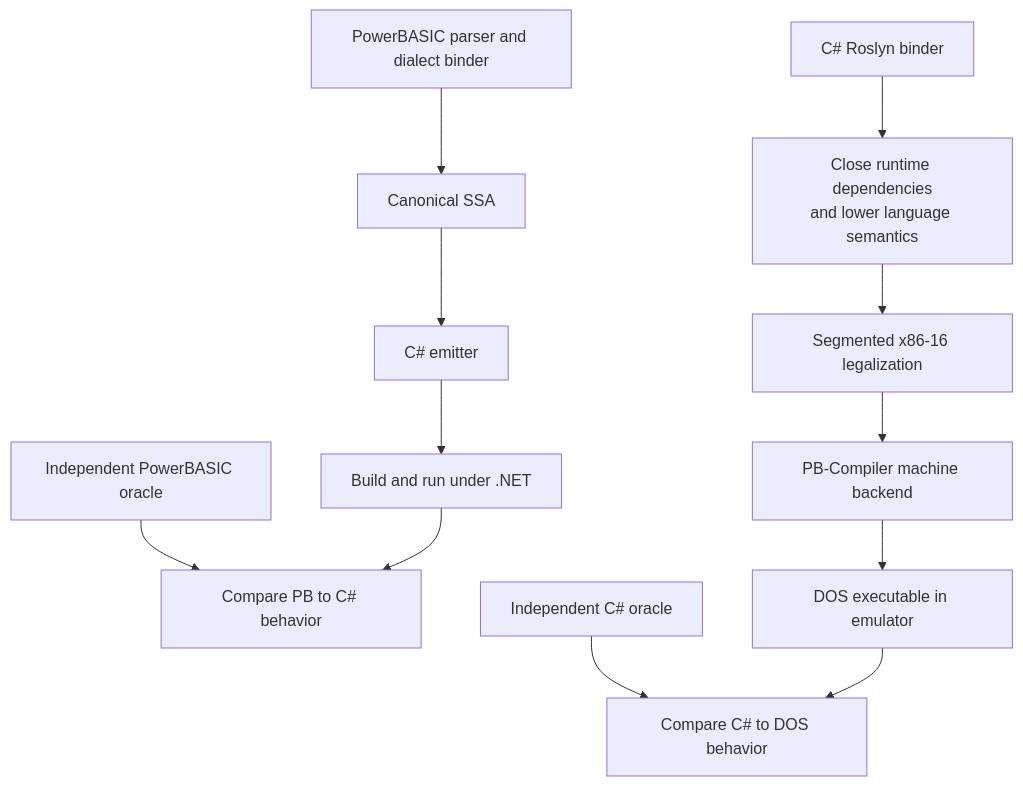
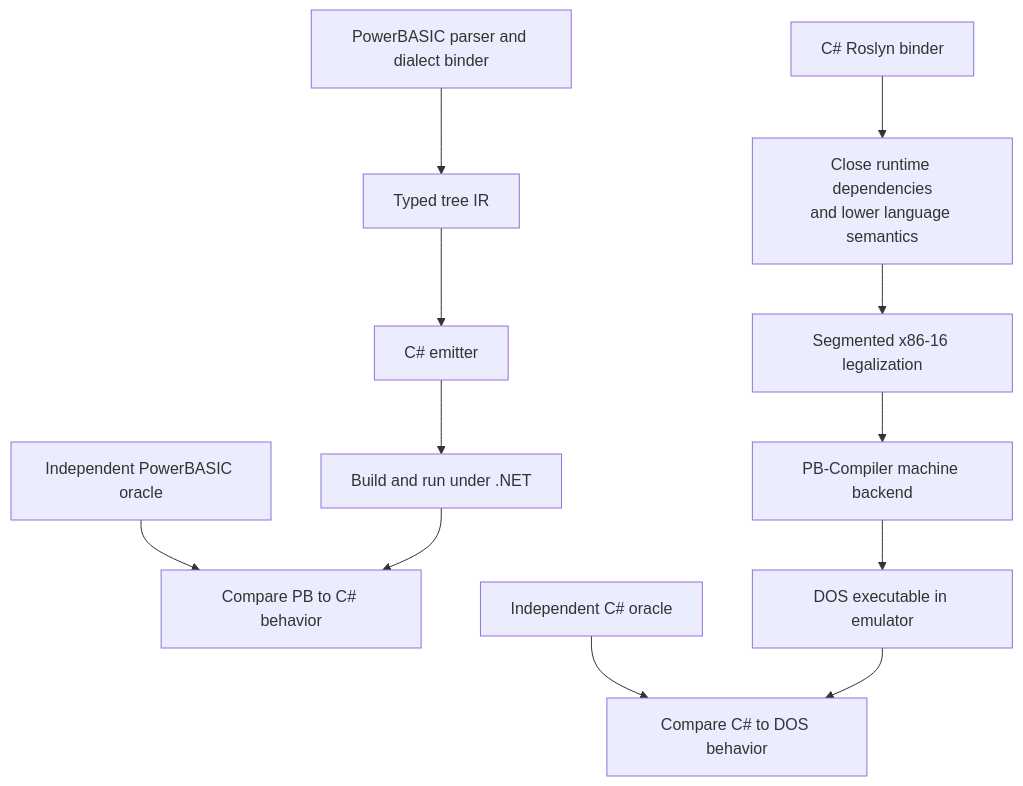
One commit to Hawkynt/Polypiler changed the second of 6 diagrams in docs/architecture/WALKTHROUGHS.md. Above: the diagram before and after it, drawn with Mermaid. The commit also changed other lines of this file and 9 other files, not shown here.

First line of the commit message:
+ docs(adr): 0009, the structured typed tree IR is the IR

````diff
--- a/docs/architecture/WALKTHROUGHS.md
+++ b/docs/architecture/WALKTHROUGHS.md
@@ -29,14 +29,14 @@
 ```mermaid
 flowchart TB
-  PB["PowerBASIC parser and dialect binder"] --> SSA["Canonical SSA"]
+  PB["PowerBASIC parser and dialect binder"] --> SSA["Typed tree IR"]
   SSA --> CS["C# emitter"]
   CS --> Dotnet["Build and run under .NET"]
   PBOracle["Independent PowerBASIC oracle"] --> PBCompare["Compare PB to C# behavior"]
   Dotnet --> PBCompare
   CSharp["C# Roslyn binder"] --> Closure["Close runtime dependencies<br/>and lower language semantics"]
   Closure --> DOS["Segmented x86-16 legalization"]
   DOS --> Backend["PB-Compiler machine backend"]
   Backend --> Emulator["DOS executable in emulator"]
   CSOracle["Independent C# oracle"] --> DOSCompare["Compare C# to DOS behavior"]
   Emulator --> DOSCompare
 ```
````
